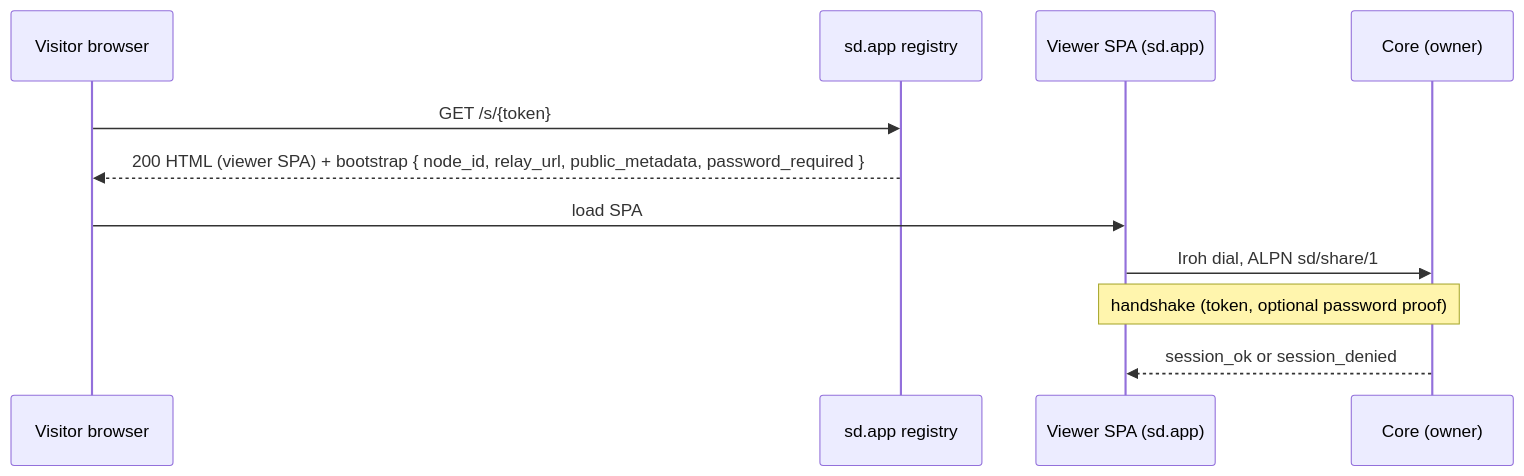
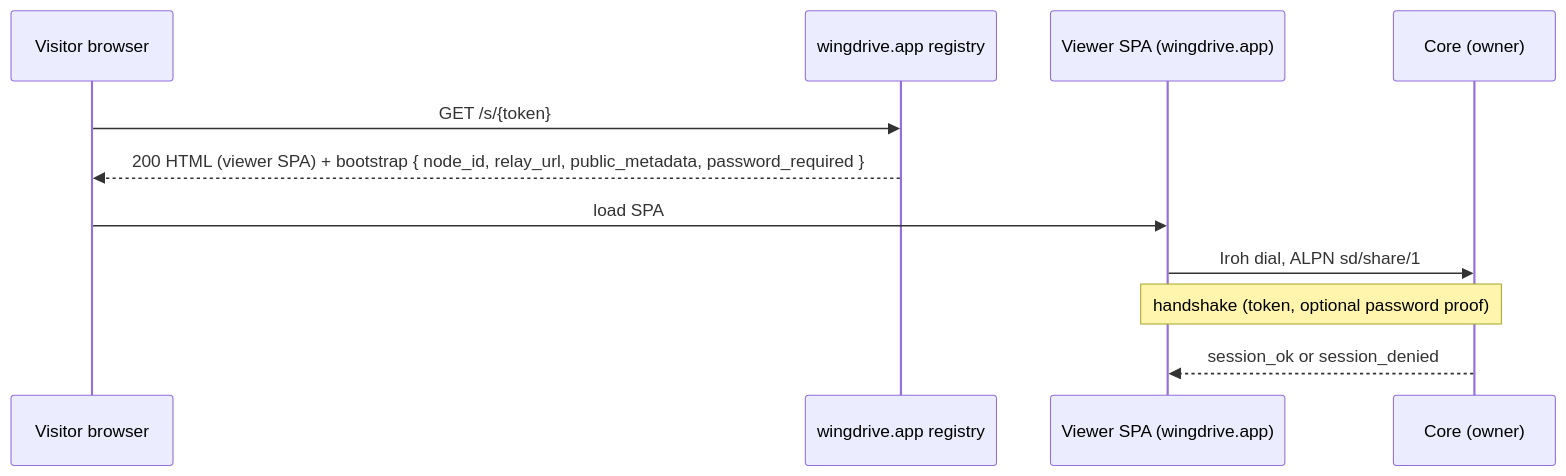
Before and after one commit to bernardopg/wingdrive: the second of 6 diagrams in docs/design/shares.md, drawn with Mermaid. The commit also changed other lines of this file and 60 other files, not shown here.

````diff
--- a/docs/design/shares.md
+++ b/docs/design/shares.md
@@ -66,13 +66,13 @@
 ```mermaid
 sequenceDiagram
   participant V as Visitor browser
-  participant Reg as sd.app registry
-  participant Viewer as Viewer SPA (sd.app)
+  participant Reg as wingdrive.app registry
+  participant Viewer as Viewer SPA (wingdrive.app)
   participant Core as Core (owner)
   V->>Reg: GET /s/{token}
   Reg-->>V: 200 HTML (viewer SPA) + bootstrap { node_id, relay_url, public_metadata, password_required }
   V->>Viewer: load SPA
   Viewer->>Core: Iroh dial, ALPN sd/share/1
   Note over Viewer,Core: handshake (token, optional password proof)
   Core-->>Viewer: session_ok or session_denied
 ```
````
